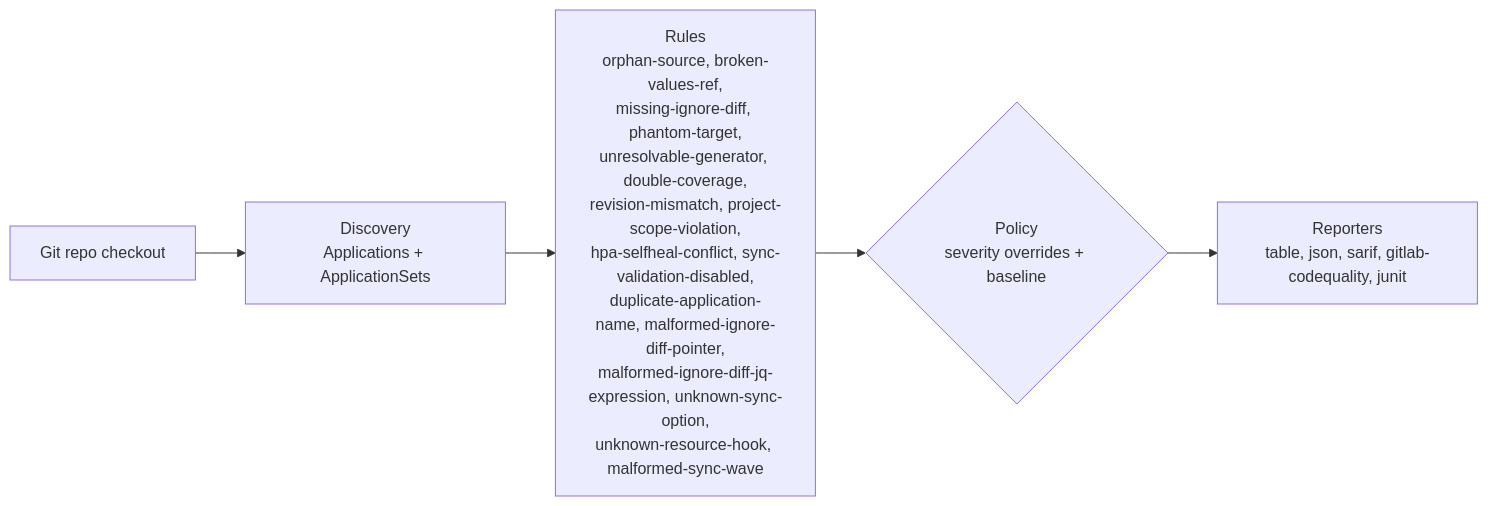
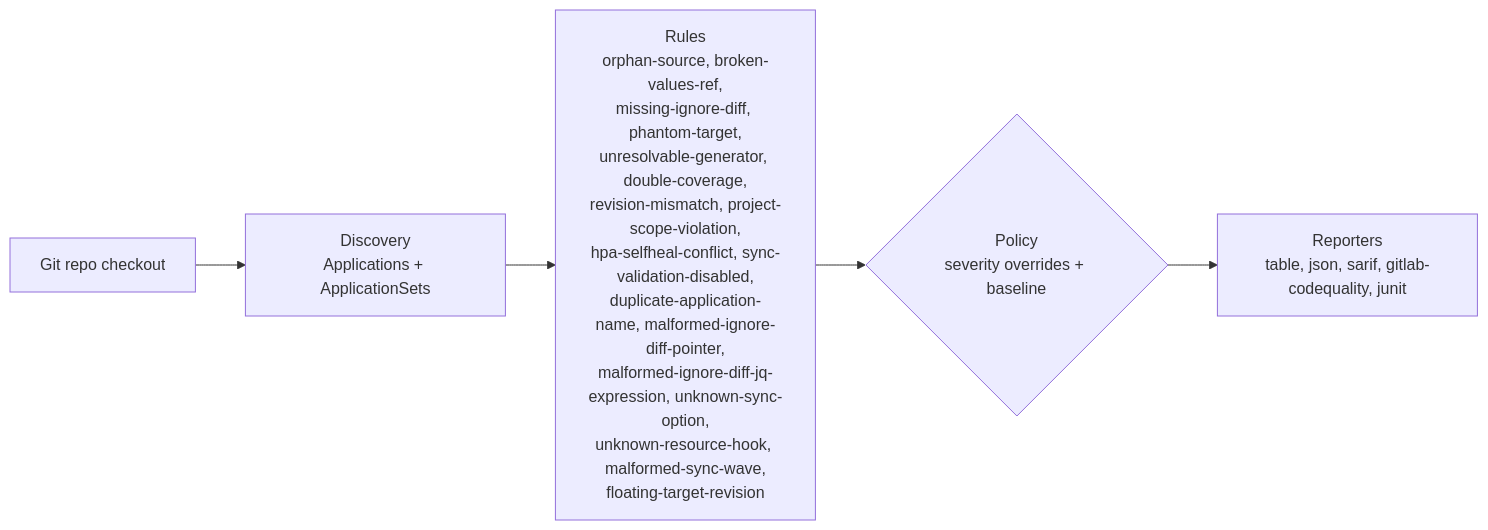
Before and after one commit to actions-marketplace-validations/gillesl-dev_argocd-source-lint: the diagram in README.md, drawn with Mermaid. The commit also changed other lines of this file and 1 other file, not shown here.

First line of the commit message:
docs: fix a broken doc cross-reference and clarify Kustomize vs Helm

````diff
--- a/README.md
+++ b/README.md
@@ -88,7 +118,7 @@
 ```mermaid
 flowchart LR
     A["Git repo checkout"] --> B["Discovery<br/>Applications + ApplicationSets"]
-    B --> C["Rules<br/>orphan-source, broken-values-ref,<br/>missing-ignore-diff, phantom-target,<br/>unresolvable-generator, double-coverage,<br/>revision-mismatch, project-scope-violation,<br/>hpa-selfheal-conflict, sync-validation-disabled,<br/>duplicate-application-name, malformed-ignore-diff-pointer,<br/>malformed-ignore-diff-jq-expression, unknown-sync-option,<br/>unknown-resource-hook, malformed-sync-wave"]
+    B --> C["Rules<br/>orphan-source, broken-values-ref,<br/>missing-ignore-diff, phantom-target,<br/>unresolvable-generator, double-coverage,<br/>revision-mismatch, project-scope-violation,<br/>hpa-selfheal-conflict, sync-validation-disabled,<br/>duplicate-application-name, malformed-ignore-diff-pointer,<br/>malformed-ignore-diff-jq-expression, unknown-sync-option,<br/>unknown-resource-hook, malformed-sync-wave,<br/>floating-target-revision"]
     C --> D{"Policy<br/>severity overrides + baseline"}
     D --> E["Reporters<br/>table, json, sarif, gitlab-codequality, junit"]
 ```
````
